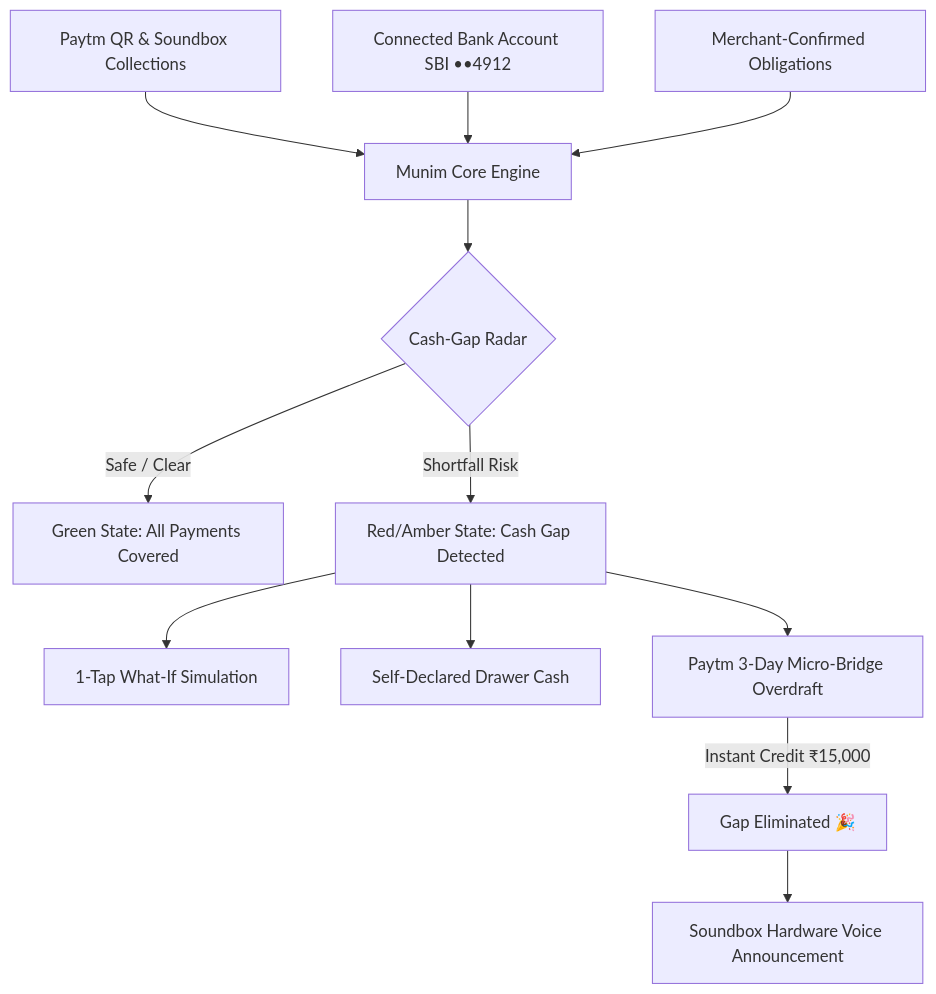
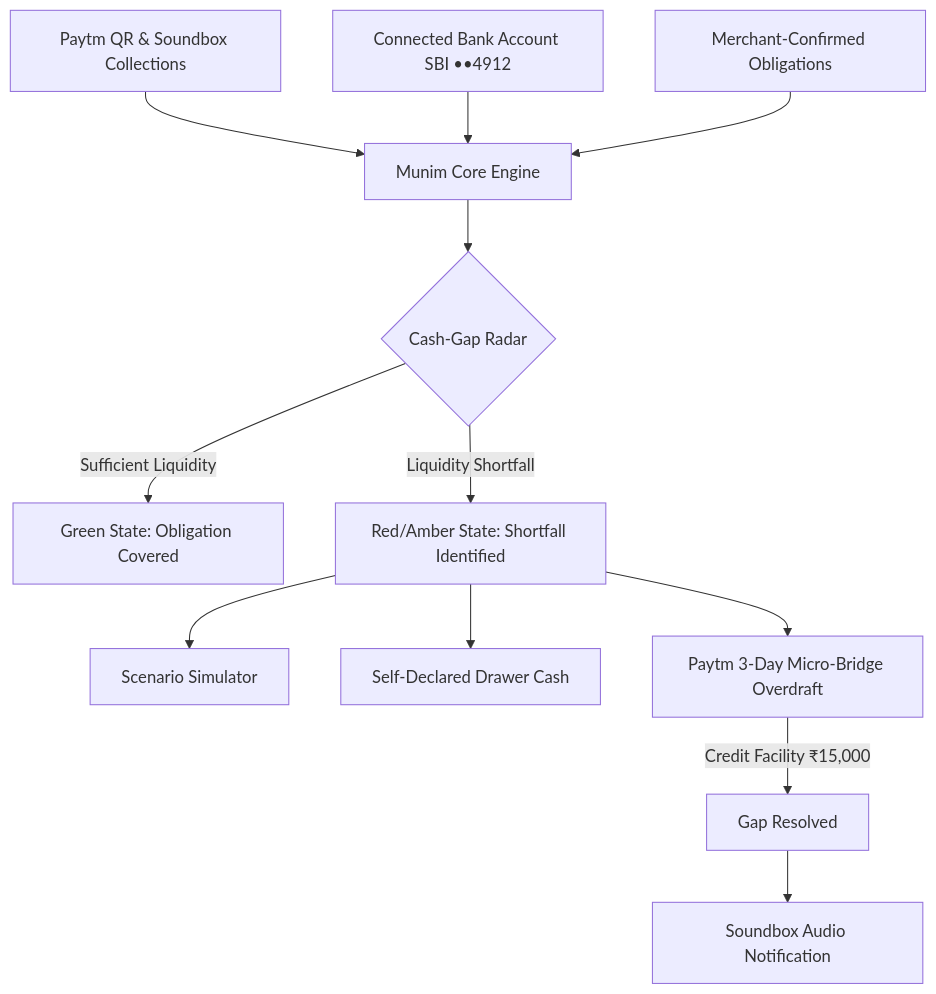
One commit to krishnaChandak044/paytm-hackaton changed the diagram in README.md. Above: the diagram before and after it, drawn with Mermaid. The commit also changed other lines of this file, not shown here.

````diff
--- a/README.md
+++ b/README.md
@@ -120,17 +117,17 @@
 ```mermaid
 graph TD
     A[Paytm QR & Soundbox Collections] --> D[Munim Core Engine]
     B[Connected Bank Account SBI ••4912] --> D
     C[Merchant-Confirmed Obligations] --> D
     
     D --> E{Cash-Gap Radar}
-    E -->|Safe / Clear| F[Green State: All Payments Covered]
-    E -->|Shortfall Risk| G[Red/Amber State: Cash Gap Detected]
+    E -->|Sufficient Liquidity| F[Green State: Obligation Covered]
+    E -->|Liquidity Shortfall| G[Red/Amber State: Shortfall Identified]
     
-    G --> H[1-Tap What-If Simulation]
+    G --> H[Scenario Simulator]
     G --> I[Self-Declared Drawer Cash]
     G --> J[Paytm 3-Day Micro-Bridge Overdraft]
     
-    J -->|Instant Credit ₹15,000| K[Gap Eliminated 🎉]
-    K --> L[Soundbox Hardware Voice Announcement]
+    J -->|Credit Facility ₹15,000| K[Gap Resolved]
+    K --> L[Soundbox Audio Notification]
 ```
````
